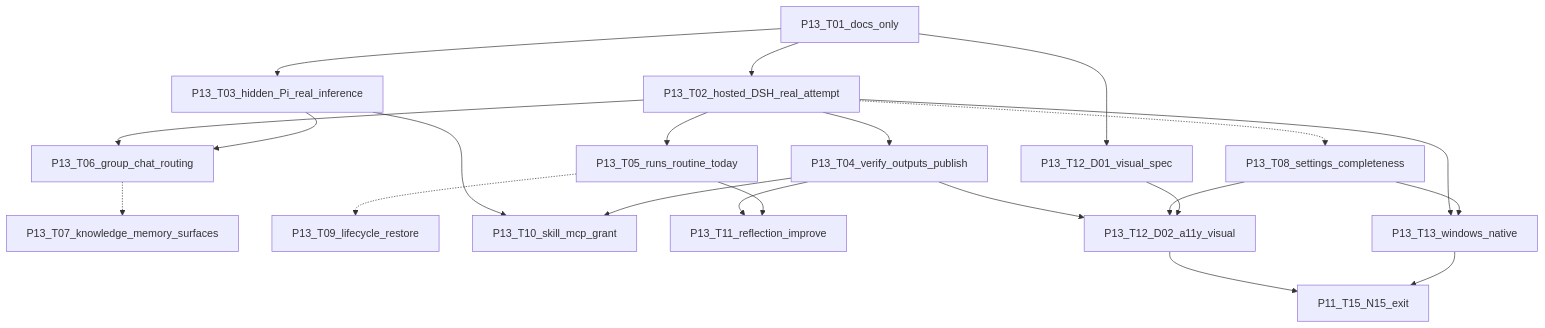
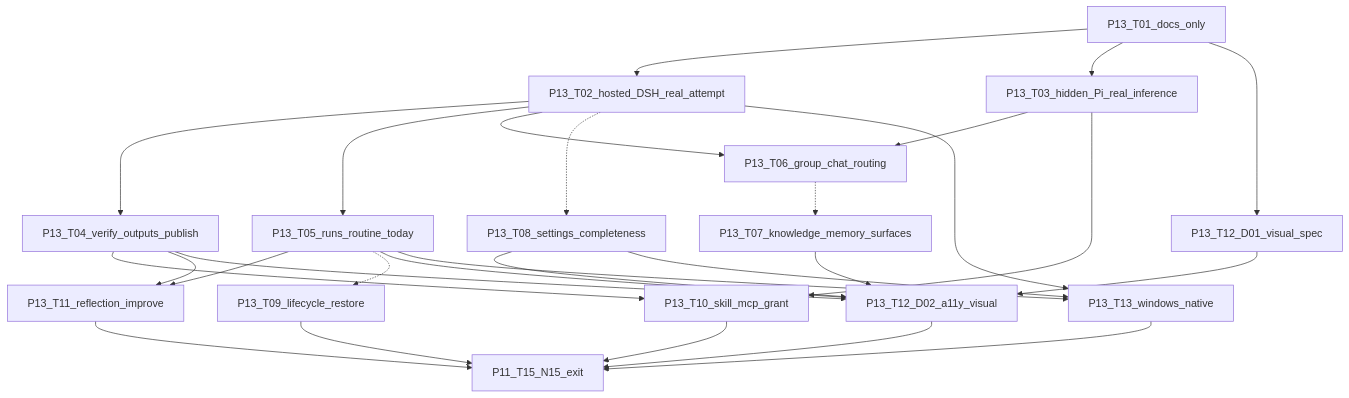
One commit to agentkernel/cognitive-os changed the second of 2 diagrams in personal/docs/architecture/personal-2.0.0-dev-prep-index.md. Above: the diagram before and after it, drawn with Mermaid. The commit also changed other lines of this file and 17 other files, not shown here.

````diff
--- a/personal/docs/architecture/personal-2.0.0-dev-prep-index.md
+++ b/personal/docs/architecture/personal-2.0.0-dev-prep-index.md
@@ -226,39 +226,45 @@
 ```mermaid
 flowchart TD
   P13T01[P13_T01_docs_only]
   P13T02[P13_T02_hosted_DSH_real_attempt]
   P13T03[P13_T03_hidden_Pi_real_inference]
   P13T04[P13_T04_verify_outputs_publish]
   P13T05[P13_T05_runs_routine_today]
   P13T06[P13_T06_group_chat_routing]
   P13T07[P13_T07_knowledge_memory_surfaces]
   P13T08[P13_T08_settings_completeness]
   P13T09[P13_T09_lifecycle_restore]
   P13T10[P13_T10_skill_mcp_grant]
   P13T11[P13_T11_reflection_improve]
   P13T12a[P13_T12_D01_visual_spec]
   P13T12b[P13_T12_D02_a11y_visual]
   P13T13[P13_T13_windows_native]
   P11T15[P11_T15_N15_exit]
   P13T01 --> P13T02
   P13T01 --> P13T03
   P13T01 --> P13T12a
   P13T02 --> P13T04
   P13T02 --> P13T05
   P13T02 --> P13T06
   P13T03 --> P13T06
   P13T03 --> P13T10
   P13T04 --> P13T10
   P13T04 --> P13T11
   P13T05 --> P13T11
   P13T06 -.-> P13T07
   P13T02 -.-> P13T08
   P13T05 -.-> P13T09
   P13T04 --> P13T12b
+  P13T05 --> P13T12b
+  P13T07 --> P13T12b
   P13T08 --> P13T12b
   P13T12a --> P13T12b
   P13T02 --> P13T13
+  P13T05 --> P13T13
   P13T08 --> P13T13
   P13T12b --> P11T15
   P13T13 --> P11T15
+  P13T09 --> P11T15
+  P13T10 --> P11T15
+  P13T11 --> P11T15
 ```
````
